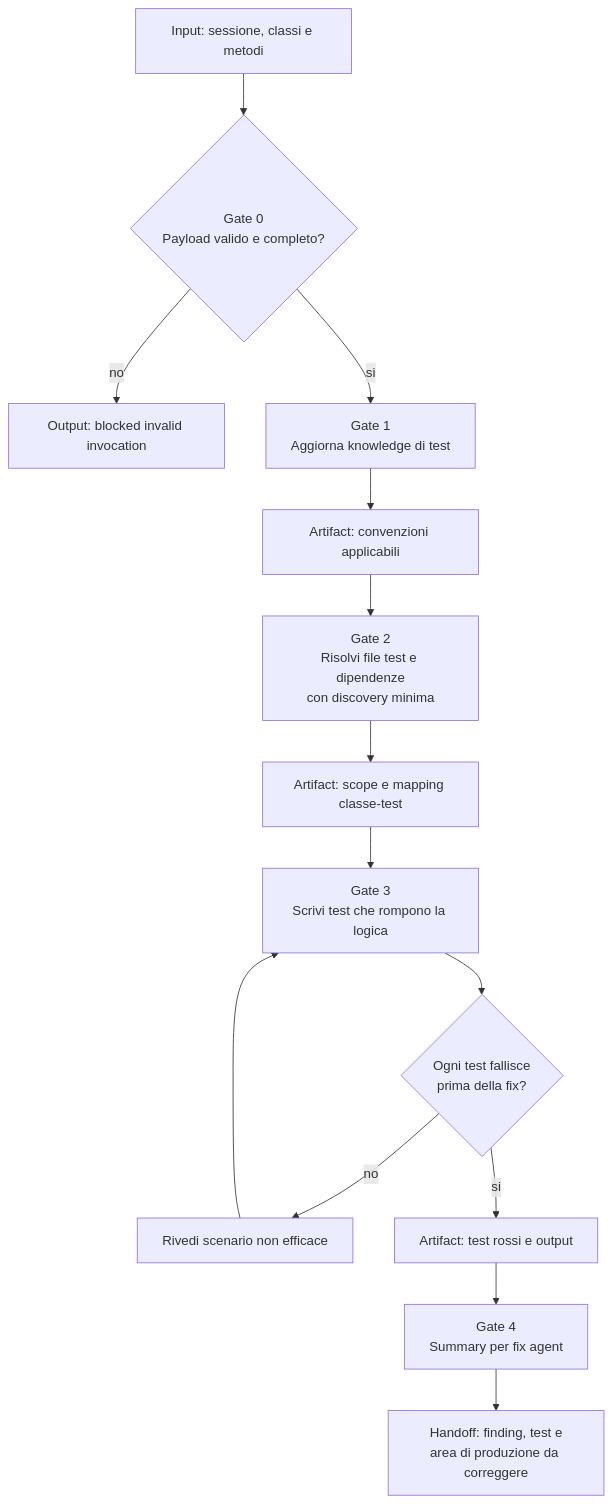
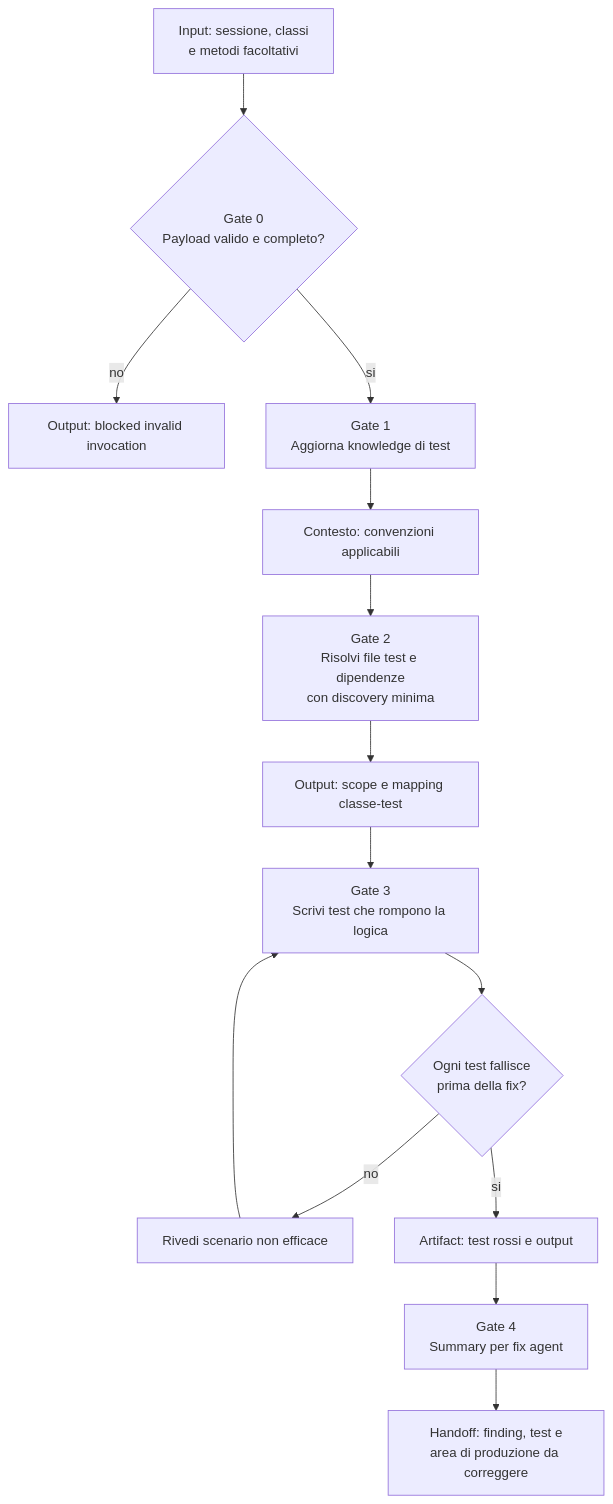
One commit to violabg/agentic-system-lessons changed the diagram in role-maps/skills/business-logic-gap-detector.md. Above: the diagram before and after it, drawn with Mermaid. The commit also changed other lines of this file and 39 other files, not shown here.

````diff
--- a/role-maps/skills/business-logic-gap-detector.md
+++ b/role-maps/skills/business-logic-gap-detector.md
@@ -15,16 +15,16 @@
 ```mermaid
 flowchart TD
-    Invocation[Input: sessione, classi e metodi] --> G0{Gate 0<br/>Payload valido e completo?}
+    Invocation[Input: sessione, classi<br/>e metodi facoltativi] --> G0{Gate 0<br/>Payload valido e completo?}
     G0 -->|no| Block[Output: blocked invalid invocation]
     G0 -->|si| G1[Gate 1<br/>Aggiorna knowledge di test]
-    G1 --> Knowledge[Artifact: convenzioni applicabili]
+    G1 --> Knowledge[Contesto: convenzioni applicabili]
     Knowledge --> G2[Gate 2<br/>Risolvi file test e dipendenze<br/>con discovery minima]
-    G2 --> Scope[Artifact: scope e mapping classe-test]
+    G2 --> Scope[Output: scope e mapping classe-test]
     Scope --> G3[Gate 3<br/>Scrivi test che rompono la logica]
     G3 --> Red{Ogni test fallisce<br/>prima della fix?}
     Red -->|no| Revise[Rivedi scenario non efficace]
     Revise --> G3
     Red -->|si| Proof[Artifact: test rossi e output]
     Proof --> G4[Gate 4<br/>Summary per fix agent]
     G4 --> Handoff[Handoff: finding, test e<br/>area di produzione da correggere]
 ```
````
